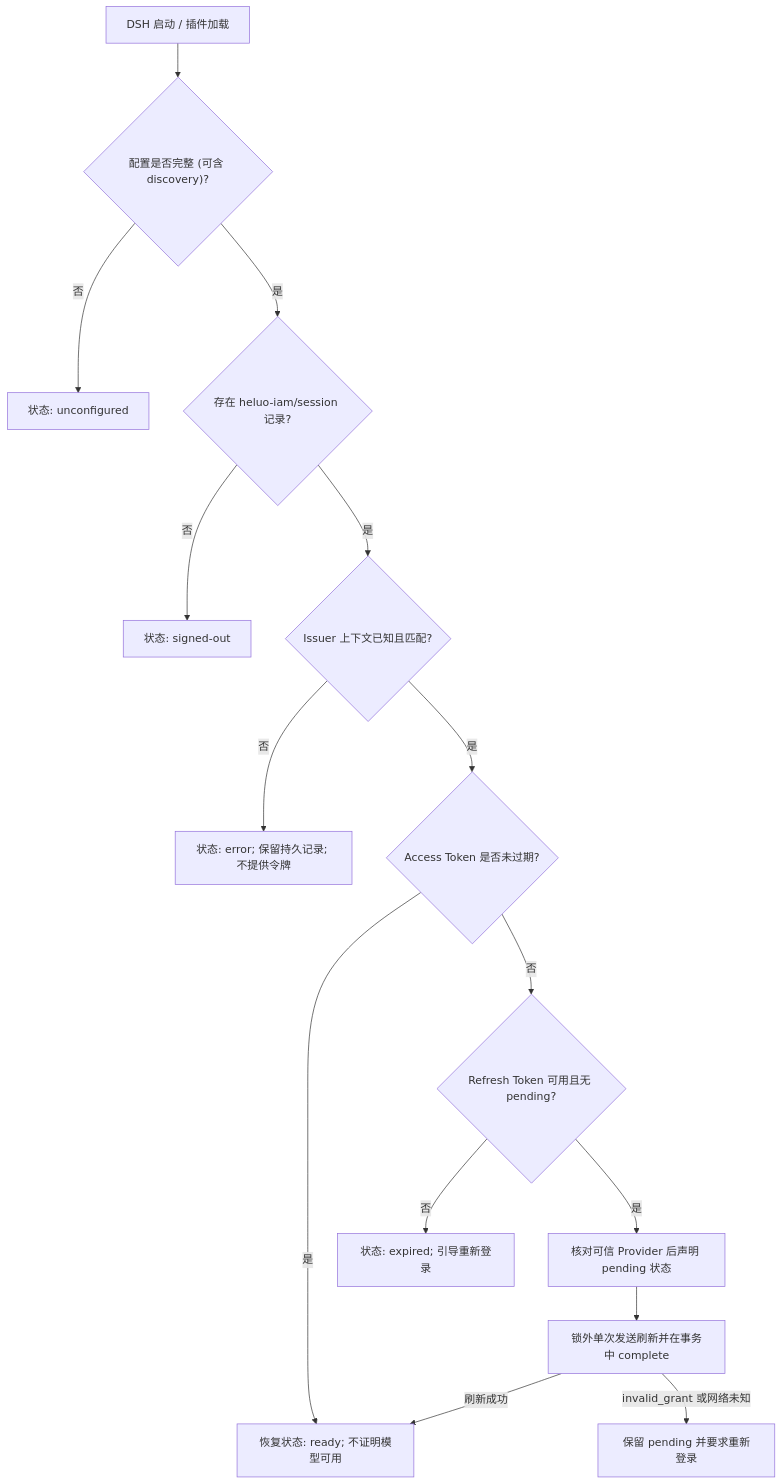
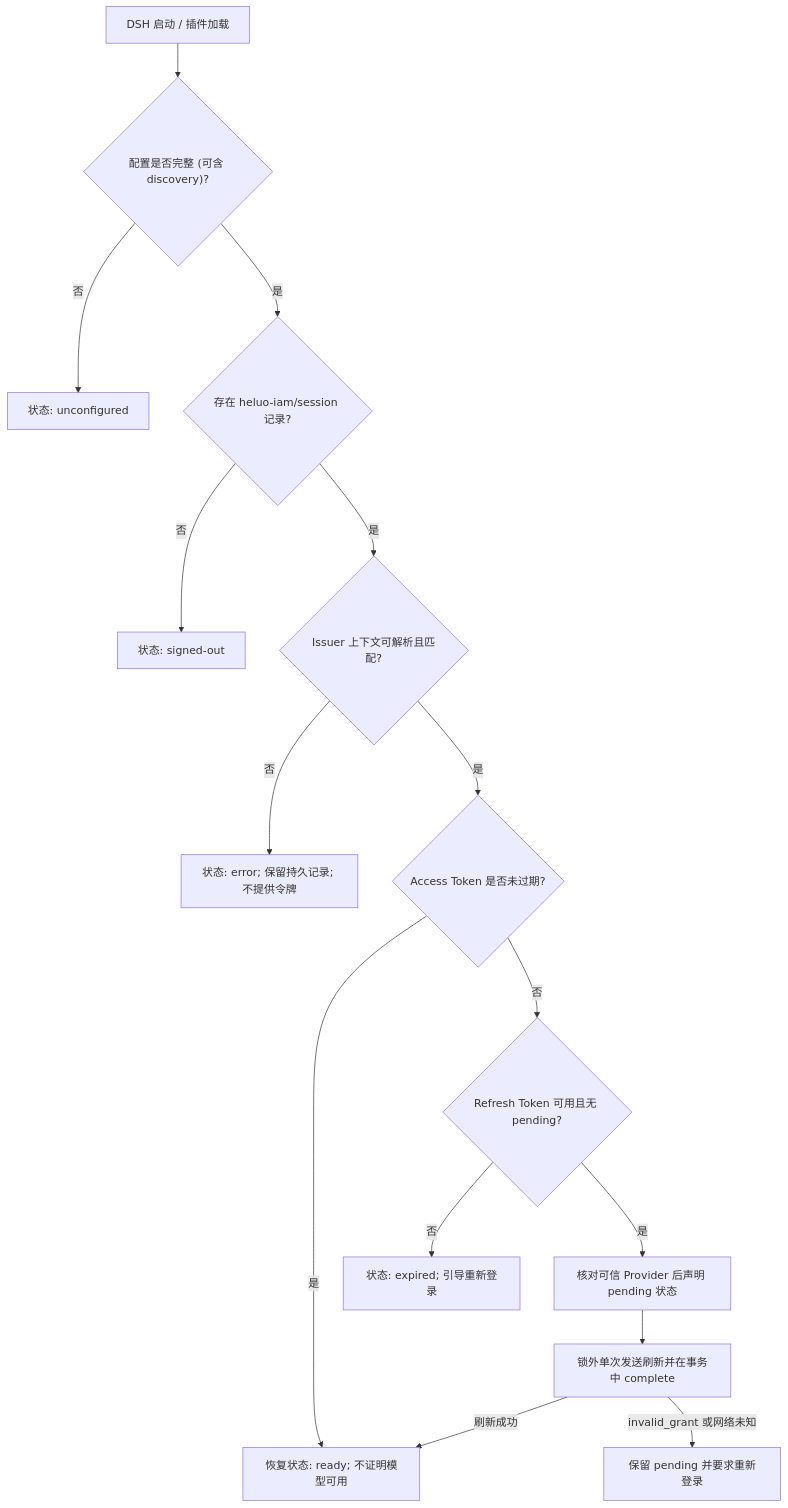
One commit to hrygo/heluo-forge changed the second of 6 diagrams in docs/design/plugins/forge-iam.md. Above: the diagram before and after it, drawn with Mermaid. The commit also changed other lines of this file and 7 other files, not shown here.

````diff
--- a/docs/design/plugins/forge-iam.md
+++ b/docs/design/plugins/forge-iam.md
@@ -590,17 +590,17 @@
 ```mermaid
 flowchart TD
   A[DSH 启动 / 插件加载] --> B{"配置是否完整 (可含 discovery)?"}
   B -->|否| C[状态: unconfigured]
   B -->|是| D{"存在 heluo-iam/session 记录?"}
   D -->|否| E[状态: signed-out]
-  D -->|是| P{"Issuer 上下文已知且匹配?"}
+  D -->|是| P{"Issuer 上下文可解析且匹配?"}
   P -->|否| Q[状态: error; 保留持久记录; 不提供令牌]
   P -->|是| F{"Access Token 是否未过期?"}
   F -->|是| G[恢复状态: ready; 不证明模型可用]
   F -->|否| H{"Refresh Token 可用且无 pending?"}
   H -->|是| I[核对可信 Provider 后声明 pending 状态]
   I --> J[锁外单次发送刷新并在事务中 complete]
   J -->|刷新成功| G
   J -->|invalid_grant 或网络未知| K[保留 pending 并要求重新登录]
   H -->|否| L[状态: expired; 引导重新登录]
 ```
````
